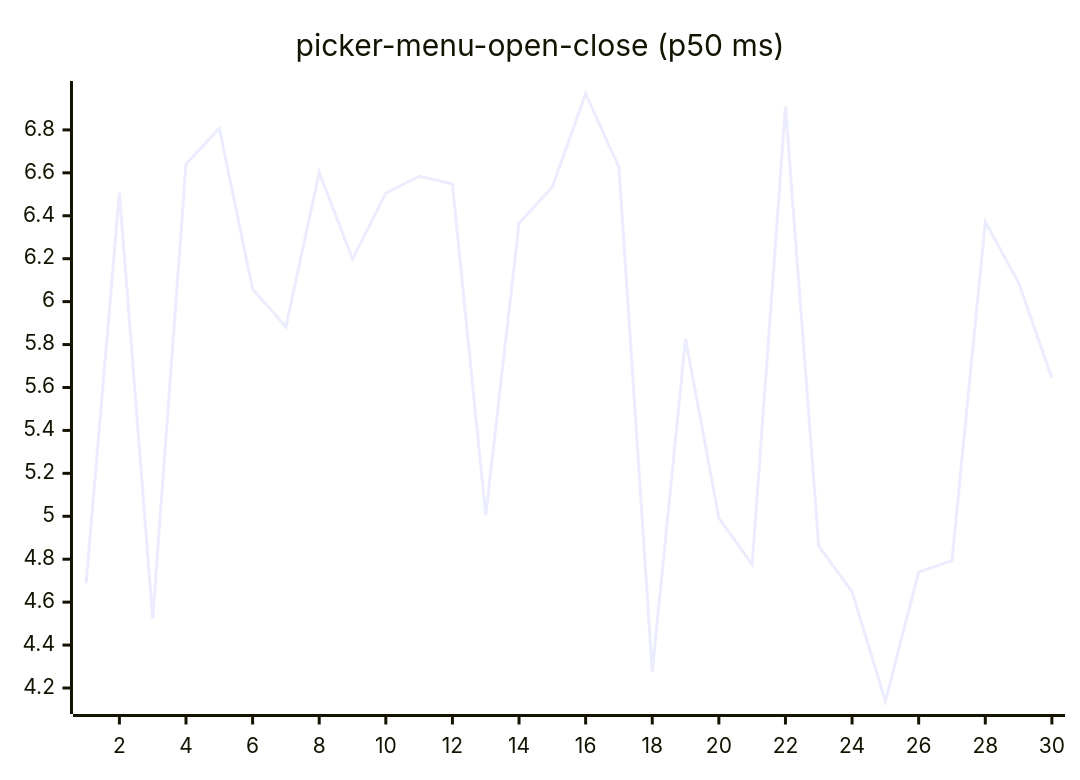
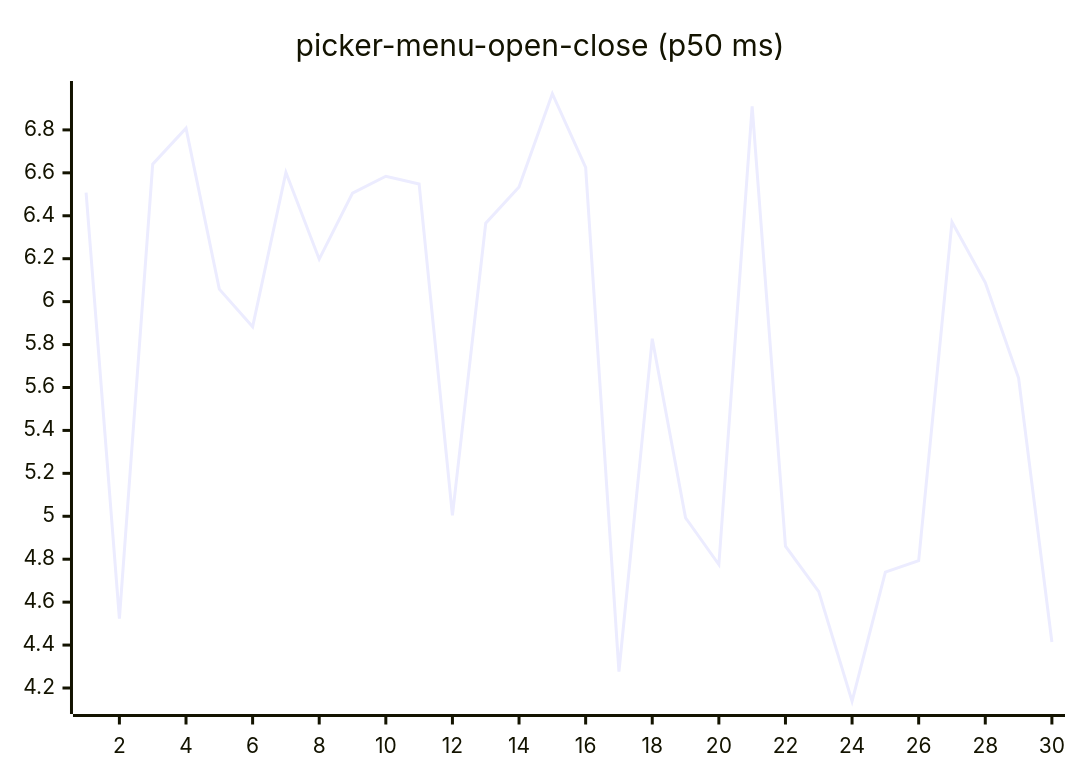
One commit to josha/Facet changed diagram 16 of 27 in README.md. Above: the diagram before and after it, drawn with Mermaid. The commit also changed other lines of this file and 2 other files, not shown here.

````diff
--- a/README.md
+++ b/README.md
@@ -168,6 +168,6 @@
 ```mermaid
 xychart-beta
     title "picker-menu-open-close (p50 ms)"
     x-axis 1 --> 30
-    line [4.6873, 6.5076, 4.5232, 6.6400, 6.8077, 6.0581, 5.8829, 6.6018, 6.1978, 6.5053, 6.5840, 6.5483, 5.0039, 6.3653, 6.5343, 6.9684, 6.6249, 4.2762, 5.8275, 4.9929, 4.7749, 6.9094, 4.8605, 4.6493, 4.1383, 4.7397, 4.7934, 6.3713, 6.0885, 5.6440]
+    line [6.5076, 4.5232, 6.6400, 6.8077, 6.0581, 5.8829, 6.6018, 6.1978, 6.5053, 6.5840, 6.5483, 5.0039, 6.3653, 6.5343, 6.9684, 6.6249, 4.2762, 5.8275, 4.9929, 4.7749, 6.9094, 4.8605, 4.6493, 4.1383, 4.7397, 4.7934, 6.3713, 6.0885, 5.6440, 4.4145]
 ```
````
